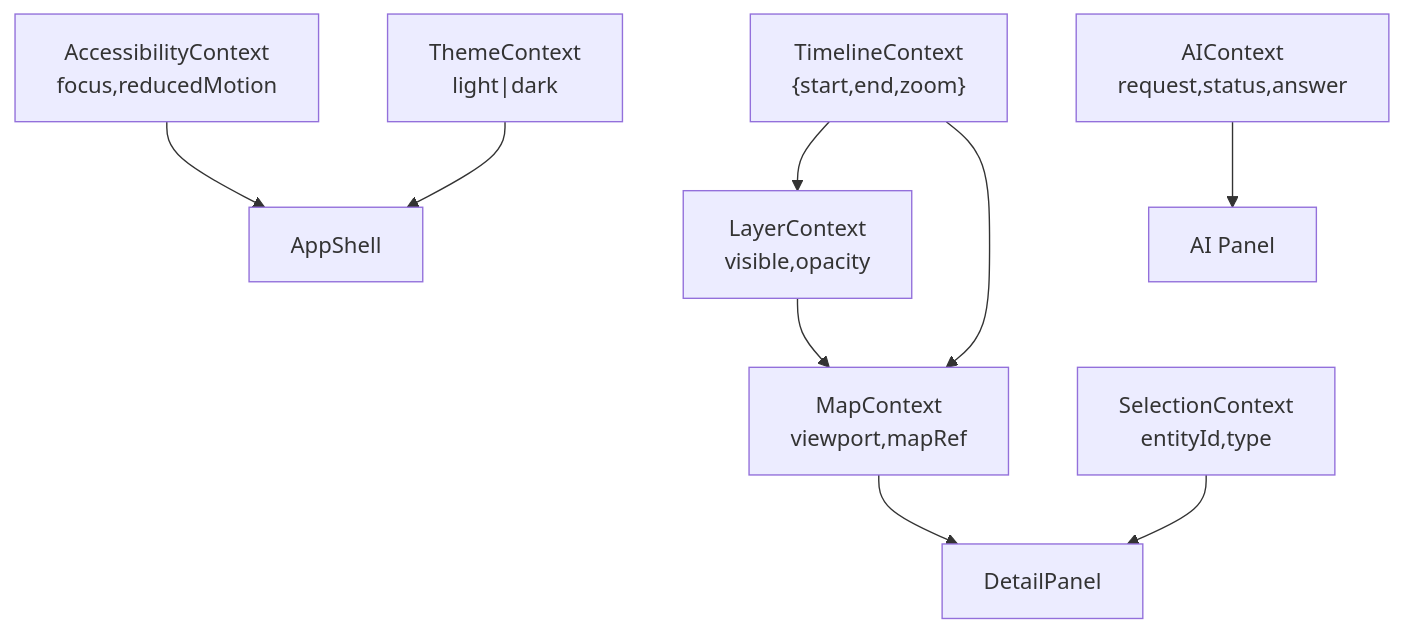
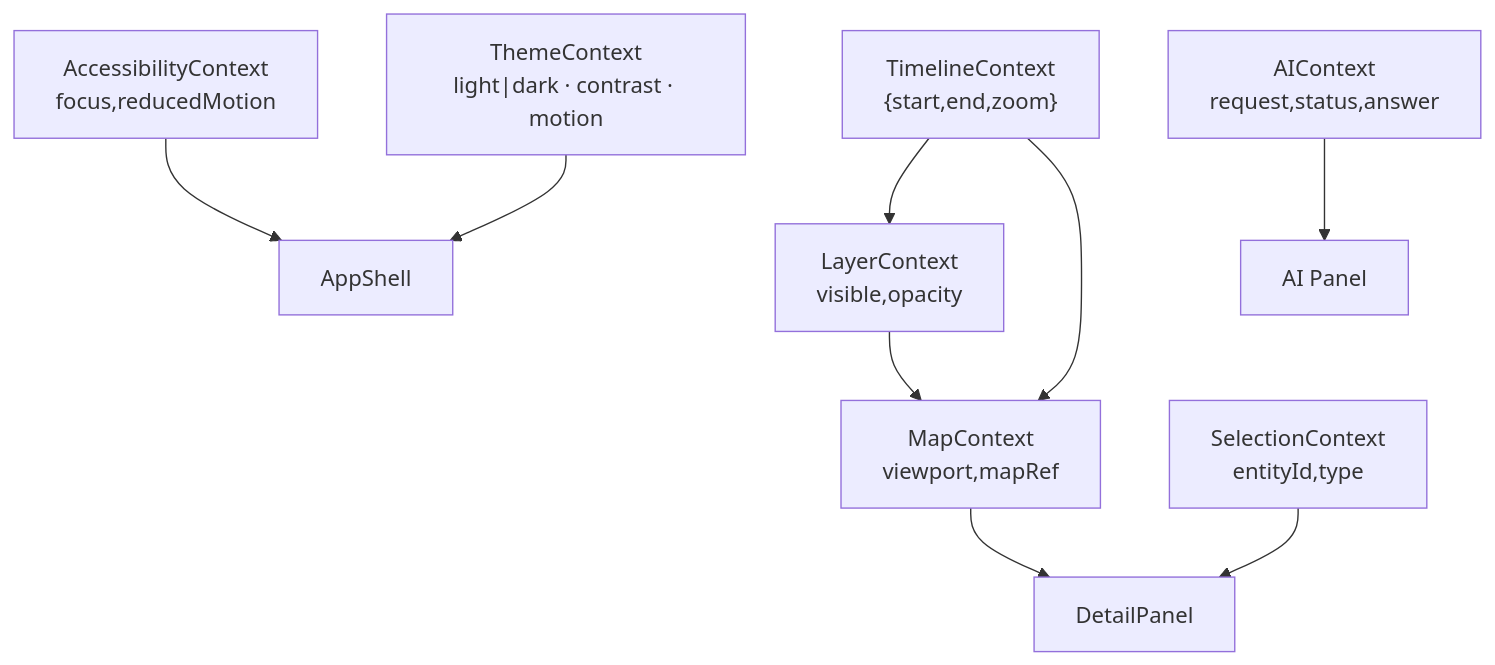
The diagram in web/src/context/README.md (bartytime4life/Kansas-Frontier-Matrix), drawn with Mermaid before and after one commit. The commit also changed other lines of this file, not shown here.

````diff
--- a/web/src/context/README.md
+++ b/web/src/context/README.md
@@ -87,12 +50,12 @@
 ```mermaid
 flowchart TD
   TL["TimelineContext<br/>{start,end,zoom}"] --> MAP["MapContext<br/>viewport,mapRef"]
   TL --> LYR["LayerContext<br/>visible,opacity"]
   SEL["SelectionContext<br/>entityId,type"] --> DP["DetailPanel"]
   MAP --> DP
   LYR --> MAP
-  THEME["ThemeContext<br/>light|dark"] --> APP["AppShell"]
+  THEME["ThemeContext<br/>light|dark · contrast · motion"] --> APP["AppShell"]
   AI["AIContext<br/>request,status,answer"] --> AIP["AI Panel"]
   ACC["AccessibilityContext<br/>focus,reducedMotion"] --> APP
 %% END OF MERMAID
 ```
````
